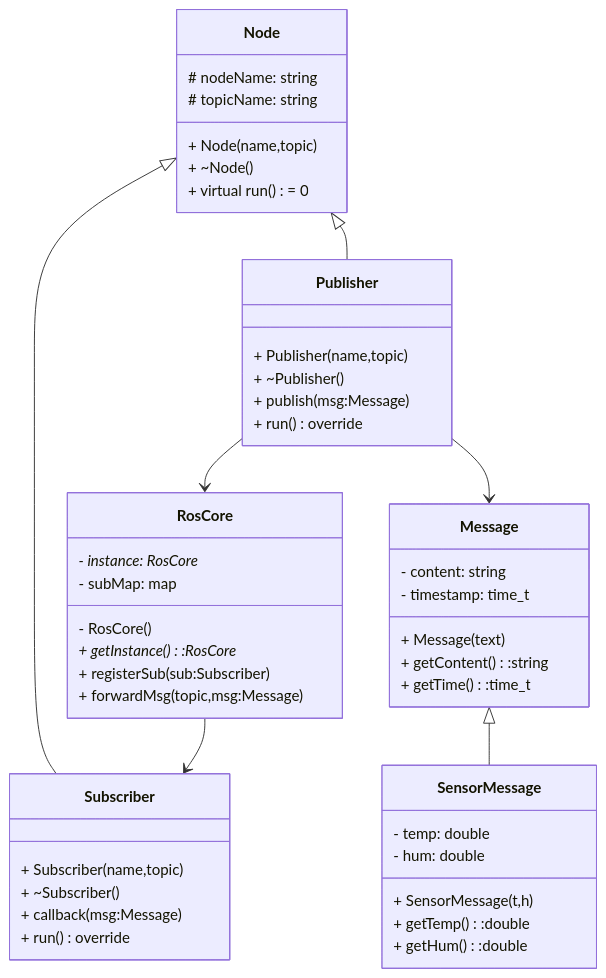
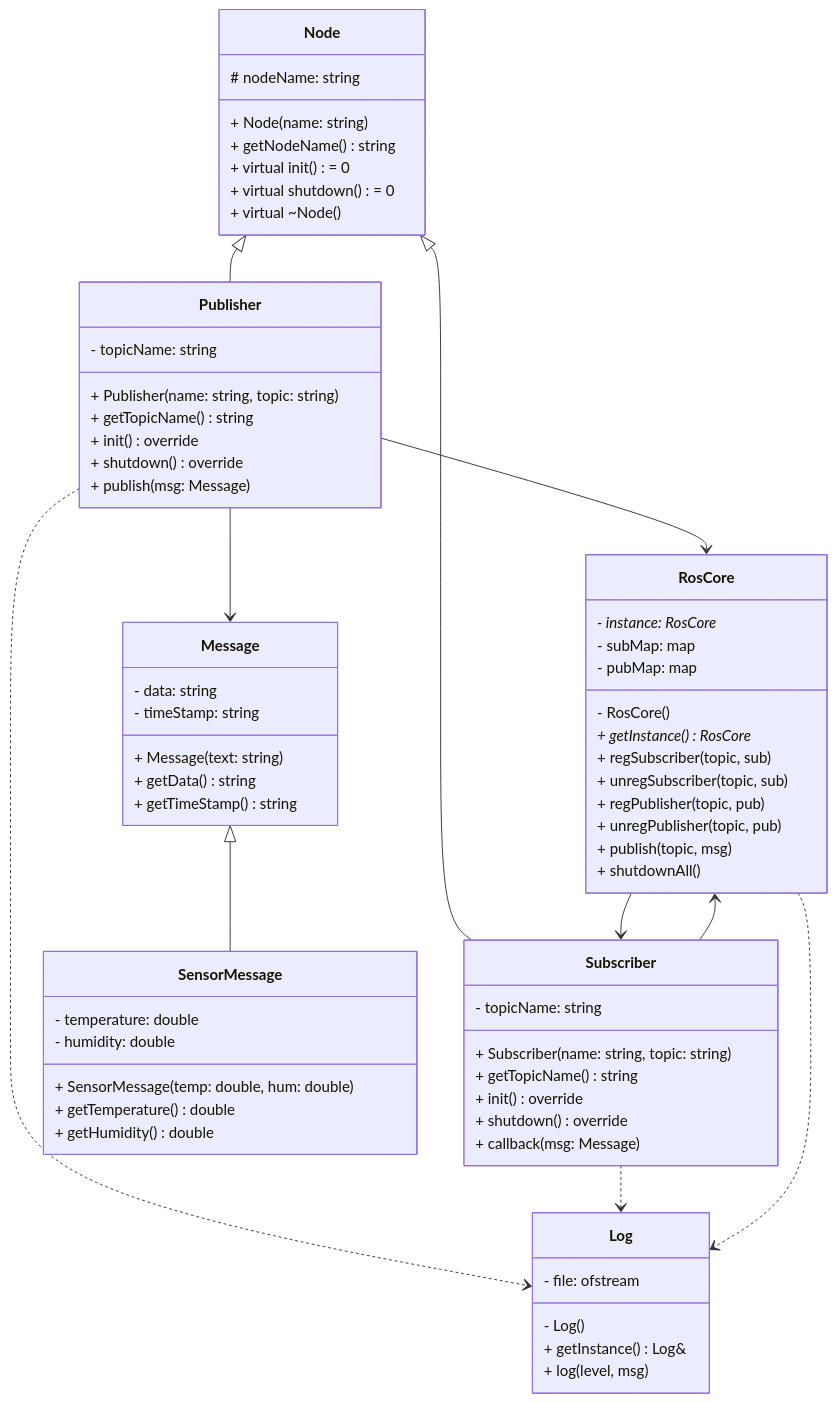
One commit to xiongyuting666/ros_sim changed the diagram in design.md. Above: the diagram before and after it, drawn with Mermaid. The commit also changed other lines of this file and 12 other files, not shown here.

````diff
--- a/design.md
+++ b/design.md
@@ -36,51 +36,71 @@
 ```mermaid
 classDiagram
     class Node{
         # nodeName: string
-        # topicName: string
-        + Node(name,topic)
-        + ~Node()
-        + virtual run() = 0
+        + Node(name: string)
+        + getNodeName() string
+        + virtual init() = 0
+        + virtual shutdown() = 0
+        + virtual ~Node()
     }
     class Publisher{
-        + Publisher(name,topic)
-        + ~Publisher()
-        + publish(msg:Message)
-        + run() override
+        - topicName: string
+        + Publisher(name: string, topic: string)
+        + getTopicName() string
+        + init() override
+        + shutdown() override
+        + publish(msg: Message)
     }
     class Subscriber{
-        + Subscriber(name,topic)
-        + ~Subscriber()
-        + callback(msg:Message)
-        + run() override
+        - topicName: string
+        + Subscriber(name: string, topic: string)
+        + getTopicName() string
+        + init() override
+        + shutdown() override
+        + callback(msg: Message)
     }
     class Message{
-        - content: string
-        - timestamp: time_t
-        + Message(text)
-        + getContent():string
-        + getTime():time_t
+        - data: string
+        - timeStamp: string
+        + Message(text: string)
+        + getData() string
+        + getTimeStamp() string
     }
     class SensorMessage{
-        - temp: double
-        - hum: double
-        + SensorMessage(t,h)
-        + getTemp():double
-        + getHum():double
+        - temperature: double
+        - humidity: double
+        + SensorMessage(temp: double, hum: double)
+        + getTemperature() double
+        + getHumidity() double
     }
     class RosCore{
         - instance: RosCore*
         - subMap: map
+        - pubMap: map
         - RosCore()
-        + getInstance():RosCore*
-        + registerSub(sub:Subscriber)
-        + forwardMsg(topic,msg:Message)
+        + getInstance() RosCore*
+        + regSubscriber(topic, sub)
+        + unregSubscriber(topic, sub)
+        + regPublisher(topic, pub)
+        + unregPublisher(topic, pub)
+        + publish(topic, msg)
+        + shutdownAll()
+    }
+    class Log{
+        - file: ofstream
+        - Log()
+        + getInstance() Log&
+        + log(level, msg)
     }
 
     Node <|-- Publisher
     Node <|-- Subscriber
     Message <|-- SensorMessage
     Publisher --> RosCore
+    Subscriber --> RosCore
     RosCore --> Subscriber
     Publisher --> Message
+    Publisher ..> Log
+    Subscriber ..> Log
+    RosCore ..> Log
 ```
````
